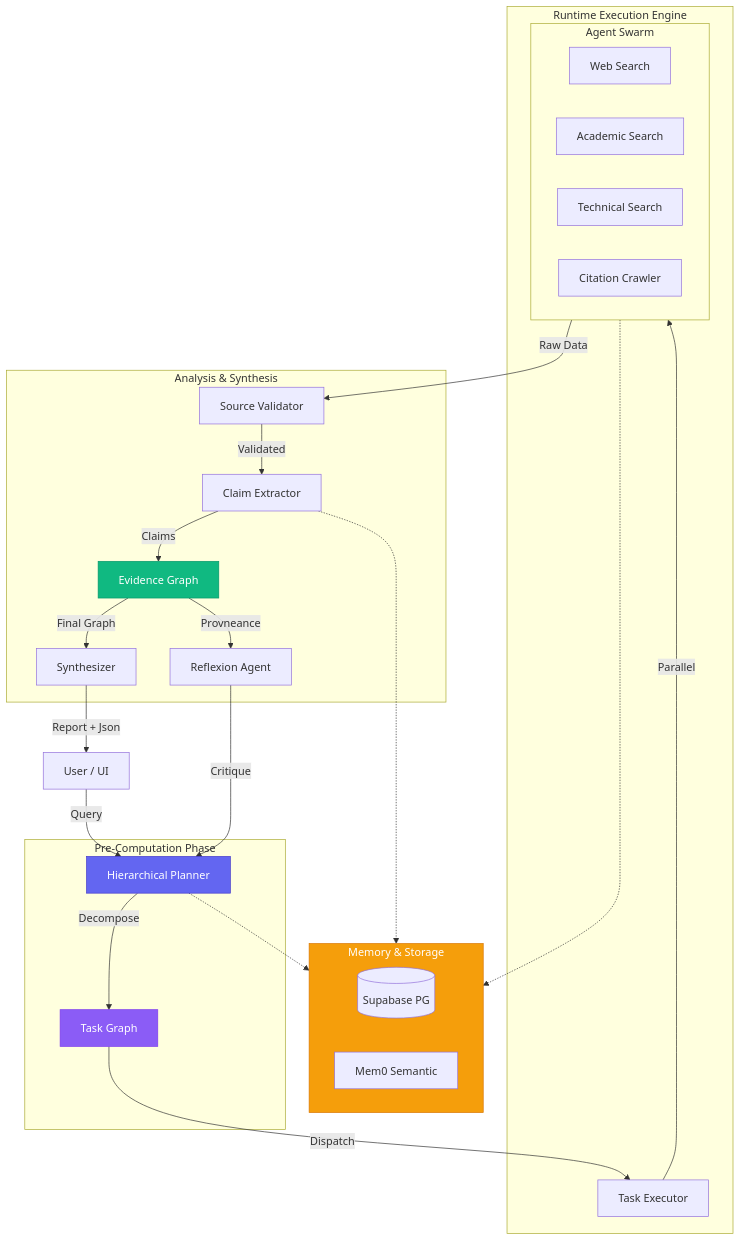
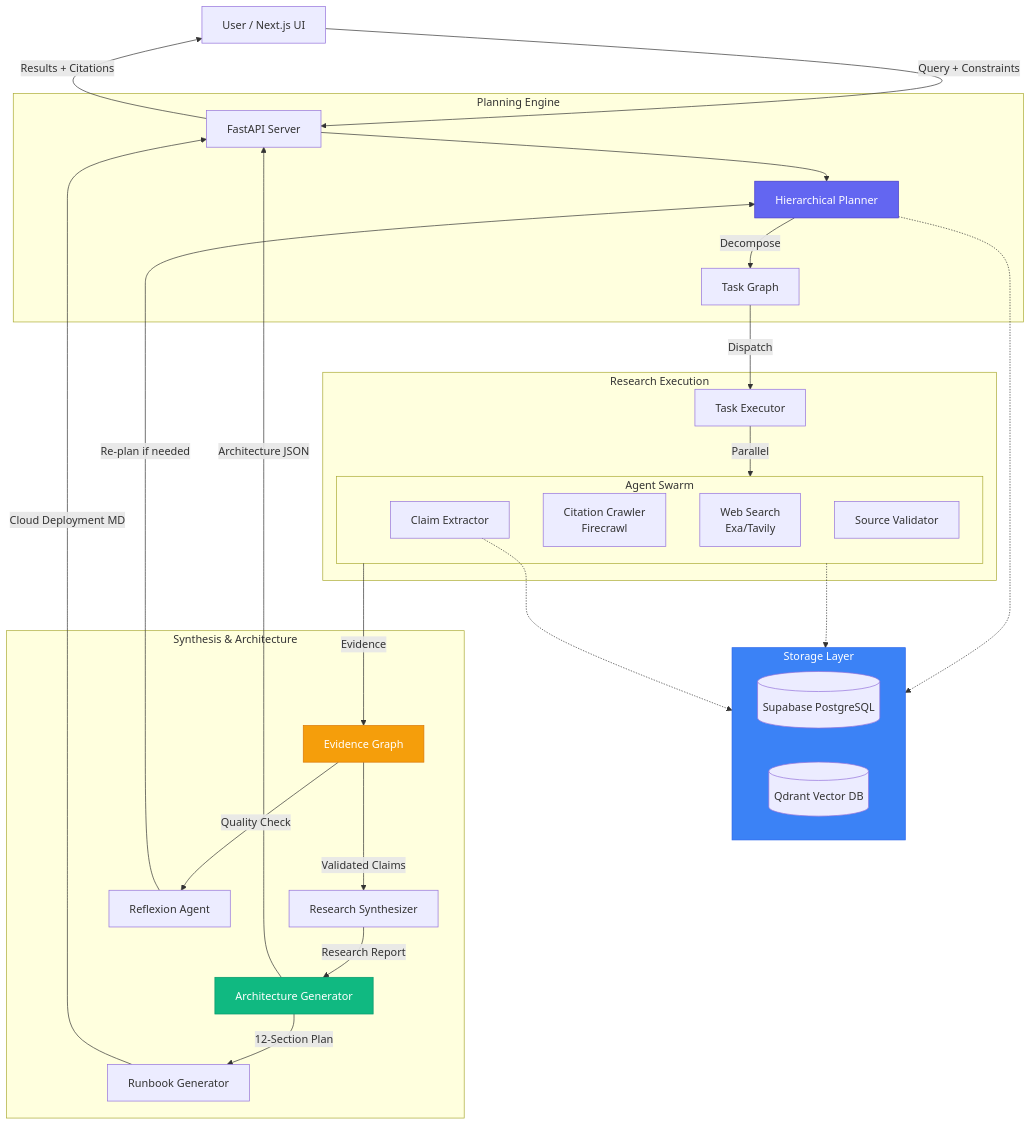
The diagram in README.md (Chirag-agg/Research_Agent), drawn with Mermaid before and after one commit. The commit also changed other lines of this file, not shown here.

Commit message:
Update README with current project details and architecture generator

````diff
--- a/README.md
+++ b/README.md
@@ -57,47 +58,50 @@
 ```mermaid
 flowchart TB
-    User[User / UI] --> |"Query"| HPA[Hierarchical Planner]
+    User[User / Next.js UI] --> |"Query + Constraints"| API[FastAPI Server]
 
-    subgraph Memory["Memory & Storage"]
-        Supabase[(Supabase PG)]
-        Mem0[Mem0 Semantic]
+    subgraph Storage["Storage Layer"]
+        Supabase[(Supabase PostgreSQL)]
+        Qdrant[(Qdrant Vector DB)]
     end
 
-    subgraph Planning["Pre-Computation Phase"]
+    subgraph Planning["Planning Engine"]
+        API --> HPA[Hierarchical Planner]
         HPA --> |"Decompose"| TG[Task Graph]
     end
 
-    subgraph Execution["Runtime Execution Engine"]
+    subgraph Execution["Research Execution"]
         TG --> |"Dispatch"| Executor[Task Executor]
         
         Executor --> |"Parallel"| Agents
         
         subgraph Agents["Agent Swarm"]
-            WSA[Web Search]
-            ASA[Academic Search]
-            TSA[Technical Search]
-            CC[Citation Crawler]
+            WSA[Web Search<br/>Exa/Tavily]
+            CC[Citation Crawler<br/>Firecrawl]
+            CE[Claim Extractor]
+            Val[Source Validator]
         end
     end
 
-    subgraph Analysis["Analysis & Synthesis"]
-        Agents --> |"Raw Data"| Val[Source Validator]
-        Val --> |"Validated"| CE[Claim Extractor]
-        CE --> |"Claims"| EG[Evidence Graph]
+    subgraph Analysis["Synthesis & Architecture"]
+        Agents --> |"Evidence"| EG[Evidence Graph]
+        EG --> |"Validated Claims"| Syn[Research Synthesizer]
         
-        EG --> |"Provneance"| Ref[Reflexion Agent]
-        Ref --> |"Critique"| HPA
+        Syn --> |"Research Report"| AG[Architecture Generator]
+        AG --> |"12-Section Plan"| RG[Runbook Generator]
         
-        EG --> |"Final Graph"| Syn[Synthesizer]
+        EG --> |"Quality Check"| Ref[Reflexion Agent]
+        Ref --> |"Re-plan if needed"| HPA
     end
 
-    Syn --> |"Report + Json"| User
+    AG --> |"Architecture JSON"| API
+    RG --> |"Cloud Deployment MD"| API
+    API --> |"Results + Citations"| User
     
-    %% Connections to Memory
-    HPA & Agents & CE -.-> Memory
+    %% Storage connections
+    HPA & Agents & CE -.-> Storage
 
     style HPA fill:#6366f1,stroke:#4338ca,color:#fff
-    style TG fill:#8b5cf6,stroke:#7c3aed,color:#fff
-    style EG fill:#10b981,stroke:#059669,color:#fff
-    style Memory fill:#f59e0b,stroke:#d97706,color:#fff
+    style AG fill:#10b981,stroke:#059669,color:#fff
+    style EG fill:#f59e0b,stroke:#d97706,color:#fff
+    style Storage fill:#3b82f6,stroke:#2563eb,color:#fff
 ```
````
